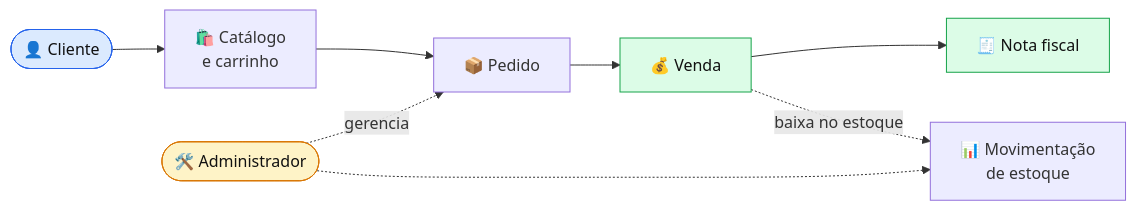
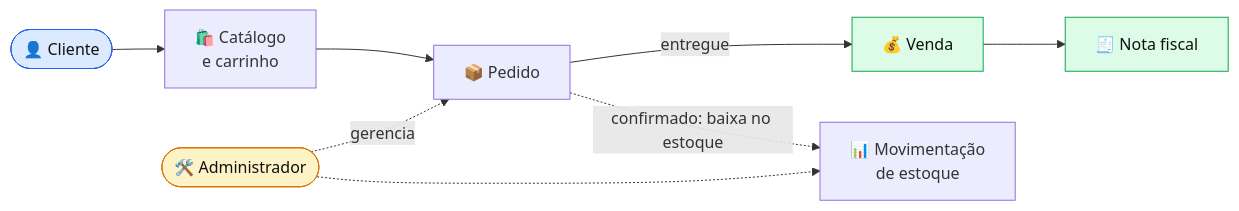
The first of 9 diagrams in README.md (Protagonistas-ADS/PI-2), drawn with Mermaid before and after one commit. The commit also changed other lines of this file, not shown here.

````diff
--- a/README.md
+++ b/README.md
@@ -127,15 +128,15 @@
 ```mermaid
 flowchart LR
     A(["👤 Cliente"]) --> B["🛍️ Catálogo<br/>e carrinho"]
     B --> D["📦 Pedido"]
-    D --> E["💰 Venda"]
+    D -- "entregue" --> E["💰 Venda"]
     E --> F["🧾 Nota fiscal"]
-    E -. "baixa no estoque" .-> G["📊 Movimentação<br/>de estoque"]
+    D -. "confirmado: baixa no estoque" .-> G["📊 Movimentação<br/>de estoque"]
     H(["🛠️ Administrador"]) -. "gerencia" .-> D
     H -.-> G
 
     style A fill:#dbeafe,stroke:#2563eb,color:#111
     style H fill:#fef3c7,stroke:#d97706,color:#111
     style E fill:#dcfce7,stroke:#16a34a,color:#111
     style F fill:#dcfce7,stroke:#16a34a,color:#111
 ```
````
